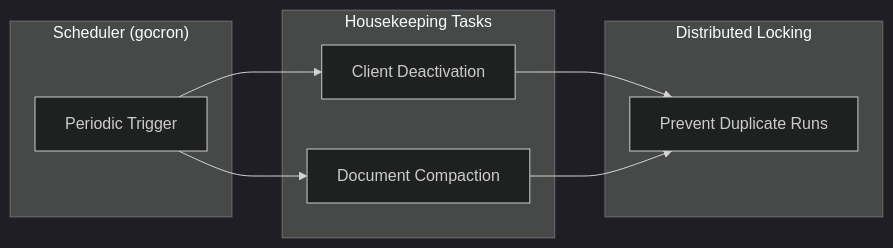
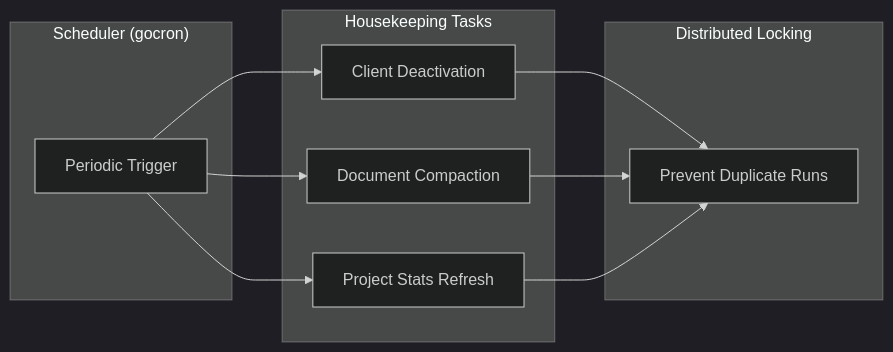
The first of 2 diagrams in docs/internals/housekeeping.mdx (yorkie-team/yorkie-team.github.io), drawn with Mermaid (dark theme) before and after one commit. The commit also changed other lines of this file and 18 other files, not shown here.

````diff
--- a/docs/internals/housekeeping.mdx
+++ b/docs/internals/housekeeping.mdx
@@ -24,20 +25,23 @@
 ```mermaid
 graph LR
     subgraph Scheduler["Scheduler (gocron)"]
         Timer["Periodic Trigger"]
     end
 
     subgraph Tasks["Housekeeping Tasks"]
         CD["Client Deactivation"]
         DC["Document Compaction"]
+        PS["Project Stats Refresh"]
     end
 
     subgraph Lock["Distributed Locking"]
         DL["Prevent Duplicate Runs"]
     end
 
     Timer --> CD
     Timer --> DC
+    Timer --> PS
     CD --> DL
     DC --> DL
+    PS --> DL
 ```
````
